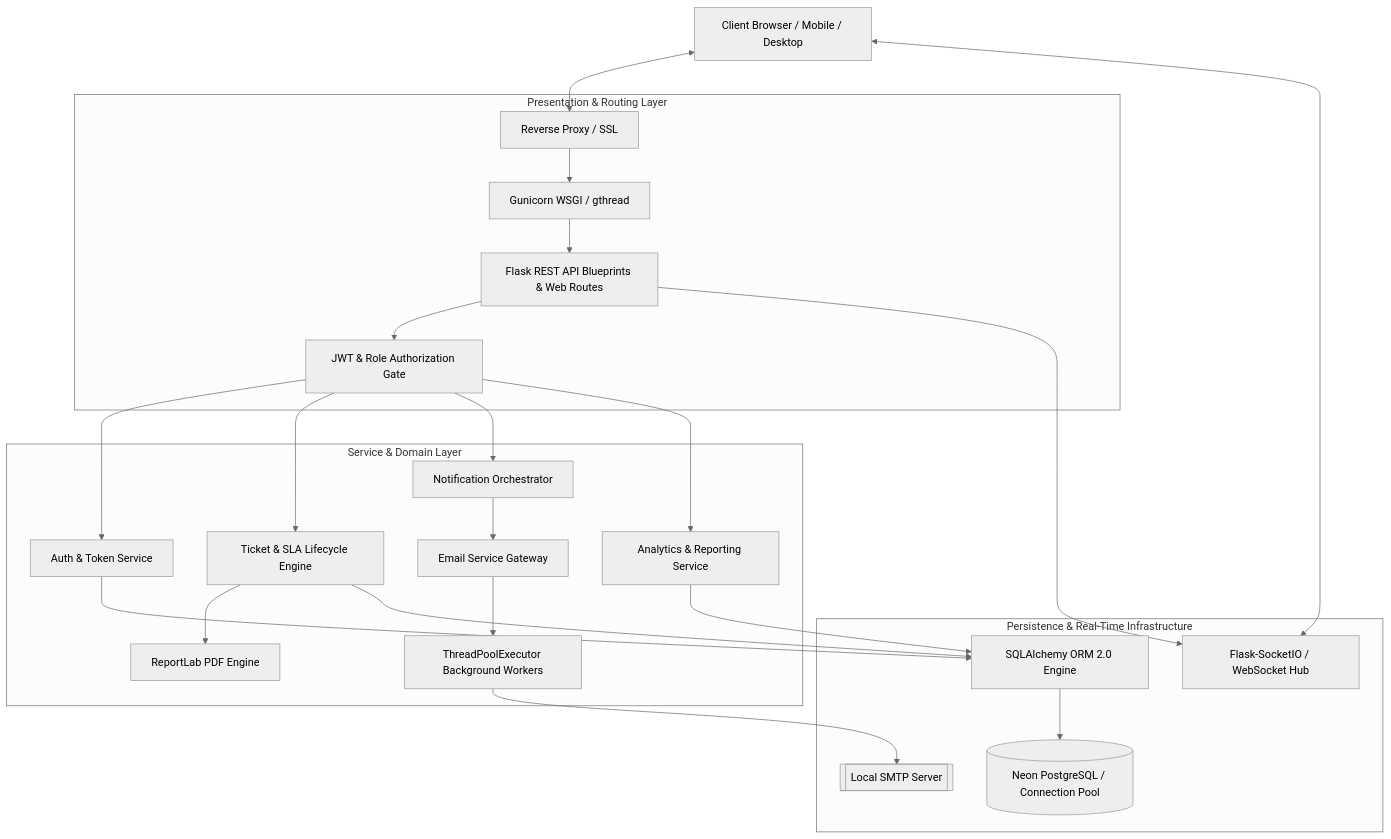
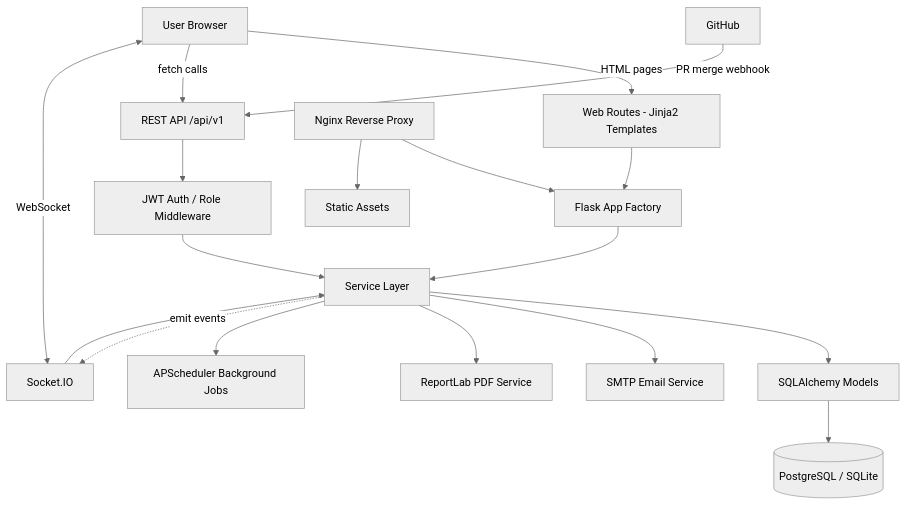
The first of 10 diagrams in README.md (Tanish1808/Trial_Ticket_Tally), drawn with Mermaid (neutral theme) before and after one commit. The commit also changed other lines of this file, not shown here.

````diff
--- a/README.md
+++ b/README.md
@@ -56,34 +214,28 @@
 ```mermaid
-graph TD
-    Client[Client Browser / Mobile / Desktop]
-    
-    subgraph Presentation & Routing Layer
-        Nginx[Reverse Proxy / SSL] --> Gunicorn[Gunicorn WSGI / gthread]
-        Gunicorn --> Blueprints[Flask REST API Blueprints & Web Routes]
-        Blueprints --> AuthMiddleware[JWT & Role Authorization Gate]
-    end
+flowchart TB
+    User[User Browser]
 
-    subgraph Service & Domain Layer
-        AuthMiddleware --> AuthService[Auth & Token Service]
-        AuthMiddleware --> TicketService[Ticket & SLA Lifecycle Engine]
-        AuthMiddleware --> NotifService[Notification Orchestrator]
-        AuthMiddleware --> AnalyticsService[Analytics & Reporting Service]
-        
-        TicketService --> PDFService[ReportLab PDF Engine]
-        NotifService --> EmailService[Email Service Gateway]
-        EmailService --> WorkerPool[ThreadPoolExecutor Background Workers]
-    end
+    User -->|HTML pages| Web[Web Routes - Jinja2 Templates]
+    User -->|fetch calls| API[REST API /api/v1]
+    User <-->|WebSocket| Socket[Socket.IO]
 
-    subgraph Persistence & Real-Time Infrastructure
-        TicketService --> SQLAlchemy[SQLAlchemy ORM 2.0 Engine]
-        AuthService --> SQLAlchemy
-        AnalyticsService --> SQLAlchemy
-        
-        SQLAlchemy --> NeonDB[(Neon PostgreSQL / Connection Pool)]
-        Blueprints --> SocketIO[Flask-SocketIO / WebSocket Hub]
-        WorkerPool --> SMTP[[Local SMTP Server]]
-    end
+    Web --> AppFactory[Flask App Factory]
+    API --> Middleware[JWT Auth / Role Middleware]
+    Middleware --> Services[Service Layer]
+    AppFactory --> Services
 
-    Client <--> Nginx
-    Client <--> SocketIO
+    Services --> Models[SQLAlchemy Models]
+    Models --> DB[(PostgreSQL / SQLite)]
+
+    Services --> Email[SMTP Email Service]
+    Services --> PDF[ReportLab PDF Service]
+    Services --> Scheduler[APScheduler Background Jobs]
+
+    Socket --> Services
+    Services -.emit events.-> Socket
+
+    External[GitHub] -->|PR merge webhook| API
+
+    Nginx[Nginx Reverse Proxy] --> AppFactory
+    Nginx --> StaticFiles[Static Assets]
 ```
````
